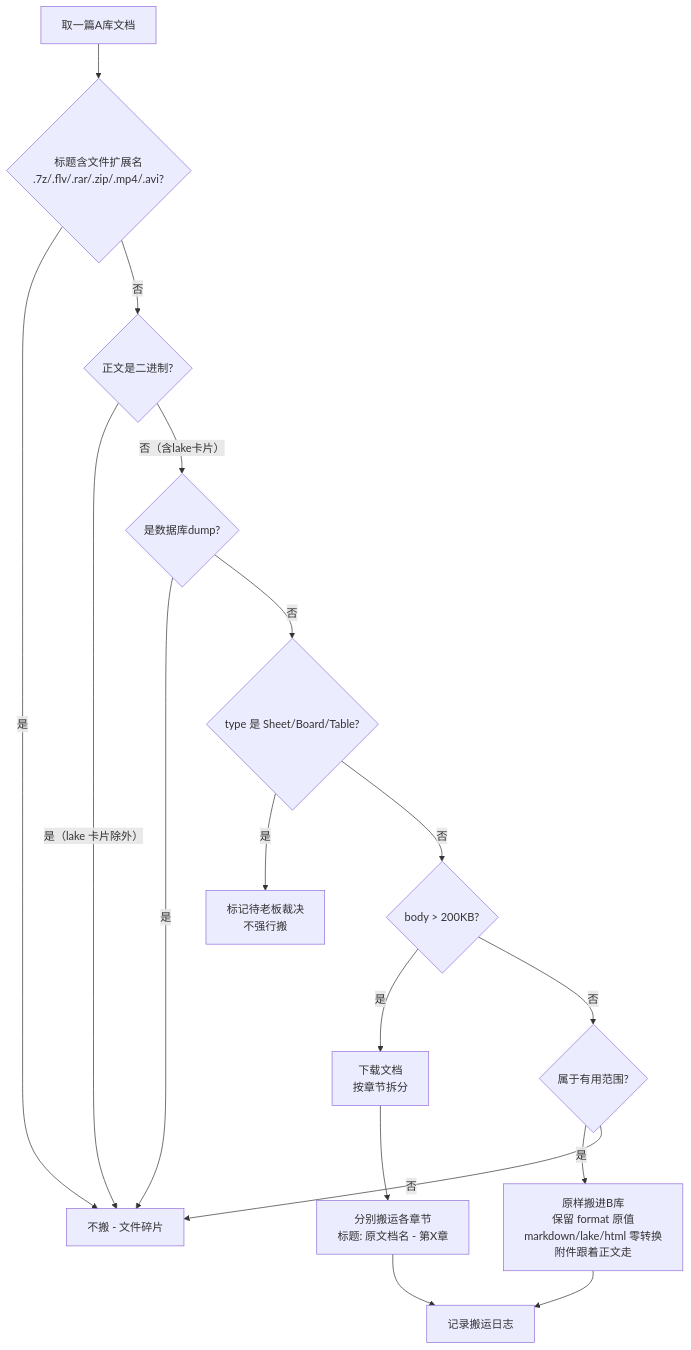
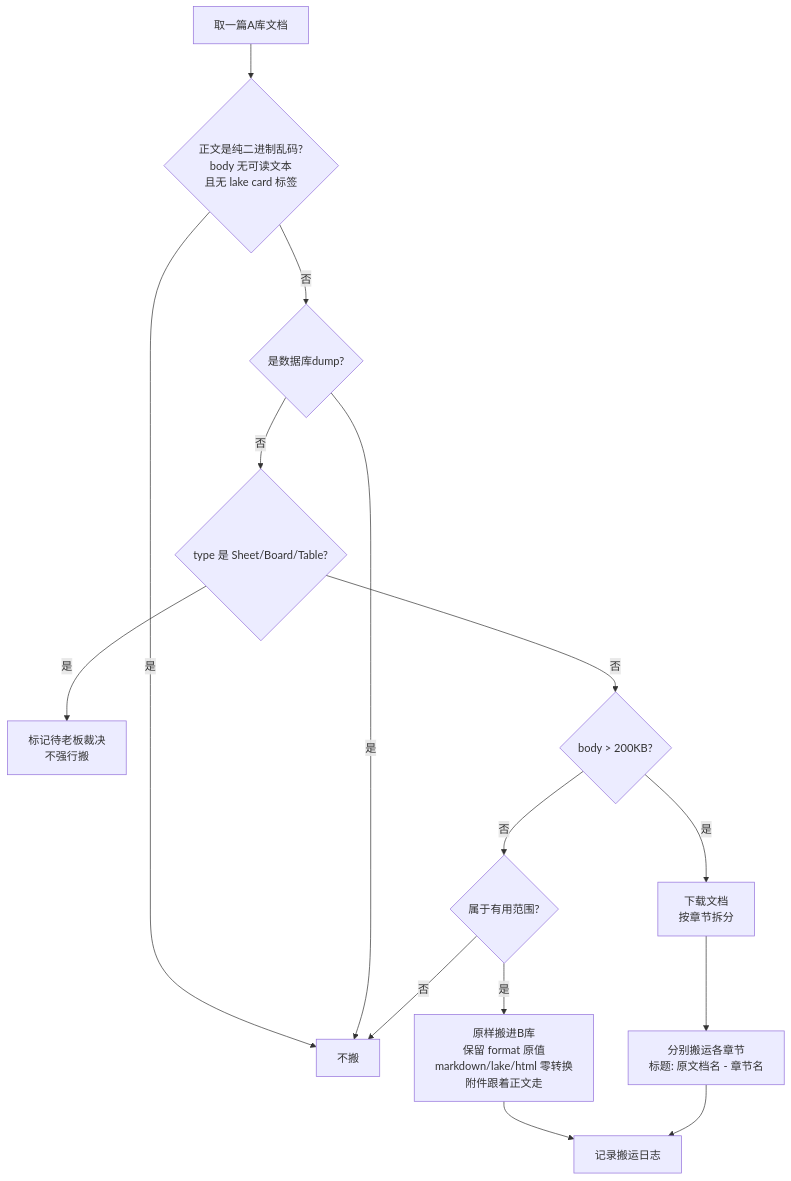
The diagram in SKILL.md (yehuoshun/doc-reorg-skill), drawn with Mermaid before and after one commit. The commit also changed other lines of this file and 2 other files, not shown here.

````diff
--- a/SKILL.md
+++ b/SKILL.md
@@ -51,19 +51,17 @@
 ```mermaid
 flowchart TD
-    A[取一篇A库文档] --> S{标题含文件扩展名<br/>.7z/.flv/.rar/.zip/.mp4/.avi?}
-    S -- 是 --> X[不搬 - 文件碎片]
-    S -- 否 --> B{正文是二进制?}
-    B -- 是（lake 卡片除外） --> X
-    B -- 否（含lake卡片） --> C{是数据库dump?}
+    A[取一篇A库文档] --> B{正文是纯二进制乱码?<br/>body 无可读文本<br/>且无 lake card 标签}
+    B -- 是 --> X[不搬]
+    B -- 否 --> C{是数据库dump?}
     C -- 是 --> X
     C -- 否 --> T{type 是 Sheet/Board/Table?}
     T -- 是 --> W[标记待老板裁决<br/>不强行搬]
     T -- 否 --> G{body > 200KB?}
     G -- 是 --> H[下载文档<br/>按章节拆分]
-    H --> I[分别搬运各章节<br/>标题: 原文档名 - 第X章]
+    H --> I[分别搬运各章节<br/>标题: 原文档名 - 章节名]
     G -- 否 --> D{属于有用范围?}
     D -- 是 --> E[原样搬进B库<br/>保留 format 原值<br/>markdown/lake/html 零转换<br/>附件跟着正文走]
     D -- 否 --> X
     E --> F[记录搬运日志]
     I --> F
 ```
````
